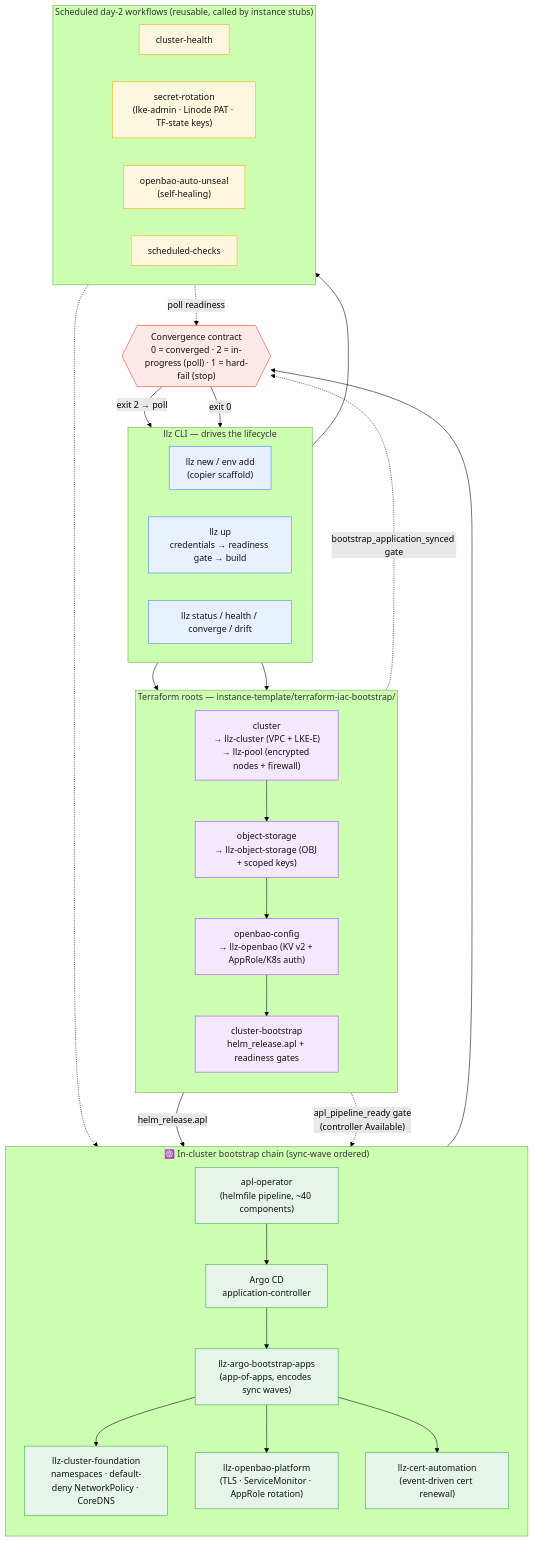
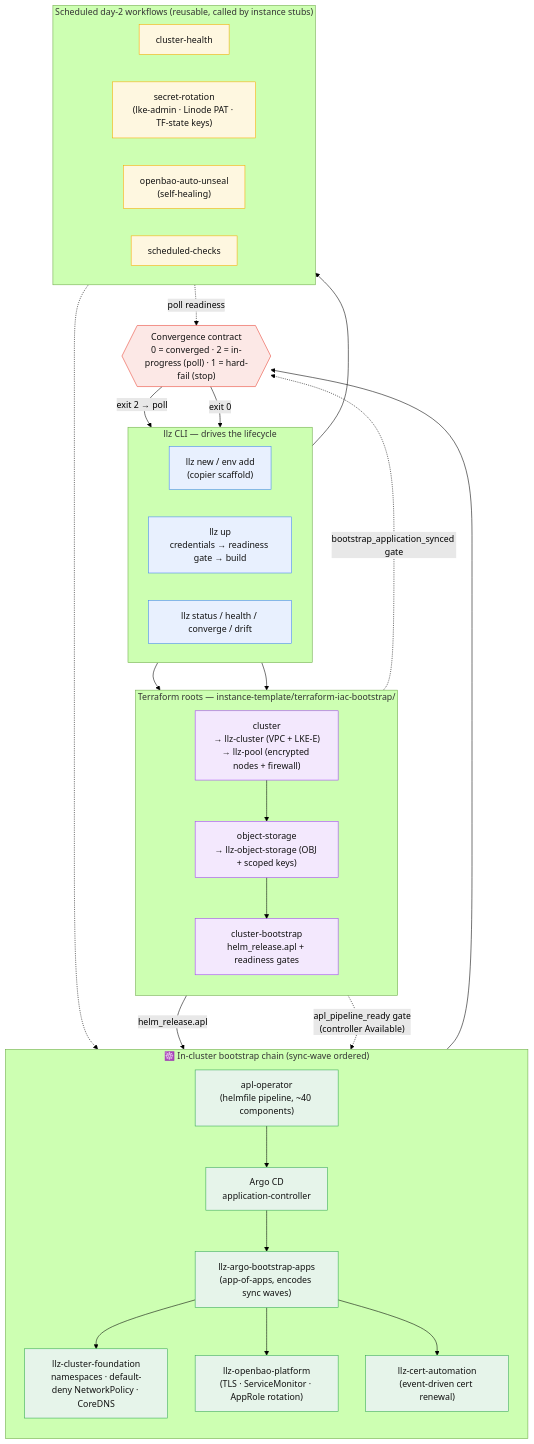
Before and after one commit to akamai-consulting/lke-landing-zone: the second of 2 diagrams in docs/architecture/overview.md, drawn with Mermaid (forest theme). The commit also changed 28 other files, not shown here.

````diff
--- a/docs/architecture/overview.md
+++ b/docs/architecture/overview.md
@@ -87,66 +87,65 @@
 ```mermaid
 flowchart TB
     subgraph DRIVE["llz CLI — drives the lifecycle"]
         direction LR
         NEW["llz new / env add<br/>(copier scaffold)"]
         UP["llz up<br/>credentials → readiness gate → build"]
         DAY2["llz status / health / converge / drift"]
     end
 
     subgraph TFROOTS["Terraform roots — instance-template/terraform-iac-bootstrap/"]
         direction TB
         R1["cluster<br/>→ llz-cluster (VPC + LKE-E)<br/>→ llz-pool (encrypted nodes + firewall)"]
         R2["object-storage<br/>→ llz-object-storage (OBJ + scoped keys)"]
-        R3["openbao-config<br/>→ llz-openbao (KV v2 + AppRole/K8s auth)"]
         R4["cluster-bootstrap<br/>helm_release.apl + readiness gates"]
     end
 
     subgraph CLUSTER["☸️ In-cluster bootstrap chain (sync-wave ordered)"]
         direction TB
         APL["apl-operator<br/>(helmfile pipeline, ~40 components)"]
         ARGO["Argo CD<br/>application-controller"]
         AOA["llz-argo-bootstrap-apps<br/>(app-of-apps, encodes sync waves)"]
         FOUND["llz-cluster-foundation<br/>namespaces · default-deny NetworkPolicy · CoreDNS"]
         BAO["llz-openbao-platform<br/>(TLS · ServiceMonitor · AppRole rotation)"]
         CERT["llz-cert-automation<br/>(event-driven cert renewal)"]
     end
 
     GATE{{"Convergence contract<br/>0 = converged · 2 = in-progress (poll) · 1 = hard-fail (stop)"}}
 
     NEW --> R1
-    UP --> R1 --> R2 --> R3 --> R4
+    UP --> R1 --> R2 --> R4
     R4 -->|"helm_release.apl"| APL
     APL --> ARGO
     R4 -.->|"apl_pipeline_ready gate<br/>(controller Available)"| ARGO
     ARGO --> AOA
     AOA --> FOUND
     AOA --> BAO
     AOA --> CERT
     R4 -.->|"bootstrap_application_synced gate"| GATE
     AOA --> GATE
     GATE -->|"exit 2 → poll"| DAY2
     GATE -->|"exit 0"| DAY2
 
     subgraph SCHED["Scheduled day-2 workflows (reusable, called by instance stubs)"]
         direction LR
         H["cluster-health"]
         ROT["secret-rotation<br/>(lke-admin · Linode PAT · TF-state keys)"]
         UNSEAL["openbao-auto-unseal<br/>(self-healing)"]
         CHK["scheduled-checks"]
     end
 
     DAY2 --> SCHED
     SCHED -.->|"poll readiness"| GATE
     UNSEAL -.-> BAO
 
     classDef cli fill:#e8f0fe,stroke:#4285f4,color:#111;
     classDef tf fill:#f3e8fd,stroke:#a142f4,color:#111;
     classDef k8s fill:#e6f4ea,stroke:#34a853,color:#111;
     classDef gate fill:#fce8e6,stroke:#ea4335,color:#111;
     classDef sch fill:#fef7e0,stroke:#f9ab00,color:#111;
     class NEW,UP,DAY2 cli;
-    class R1,R2,R3,R4 tf;
+    class R1,R2,R4 tf;
     class APL,ARGO,AOA,FOUND,BAO,CERT k8s;
     class GATE gate;
     class H,ROT,UNSEAL,CHK sch;
 ```
````
